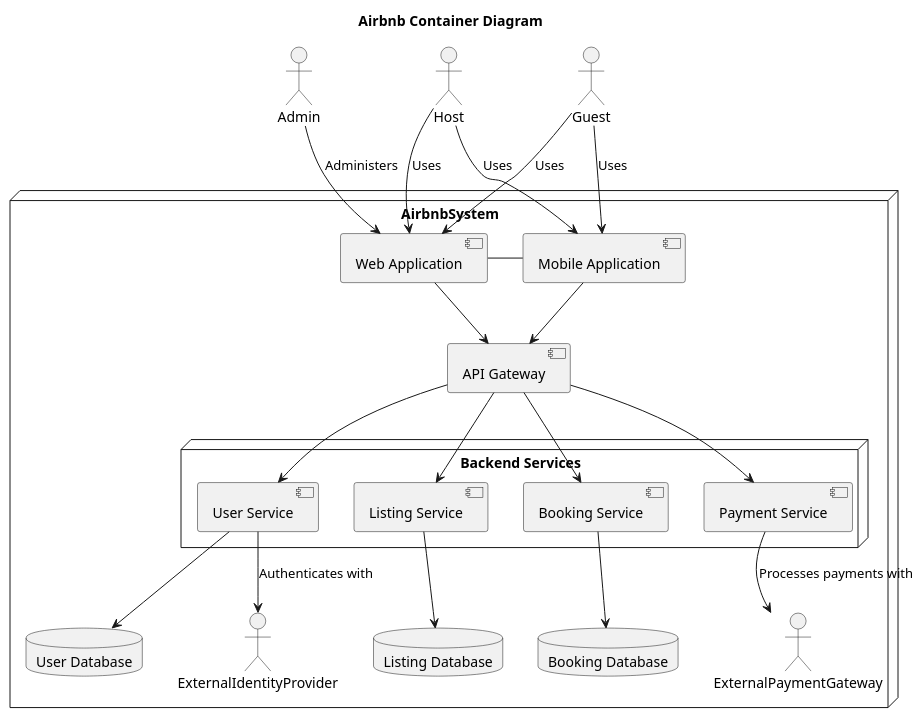
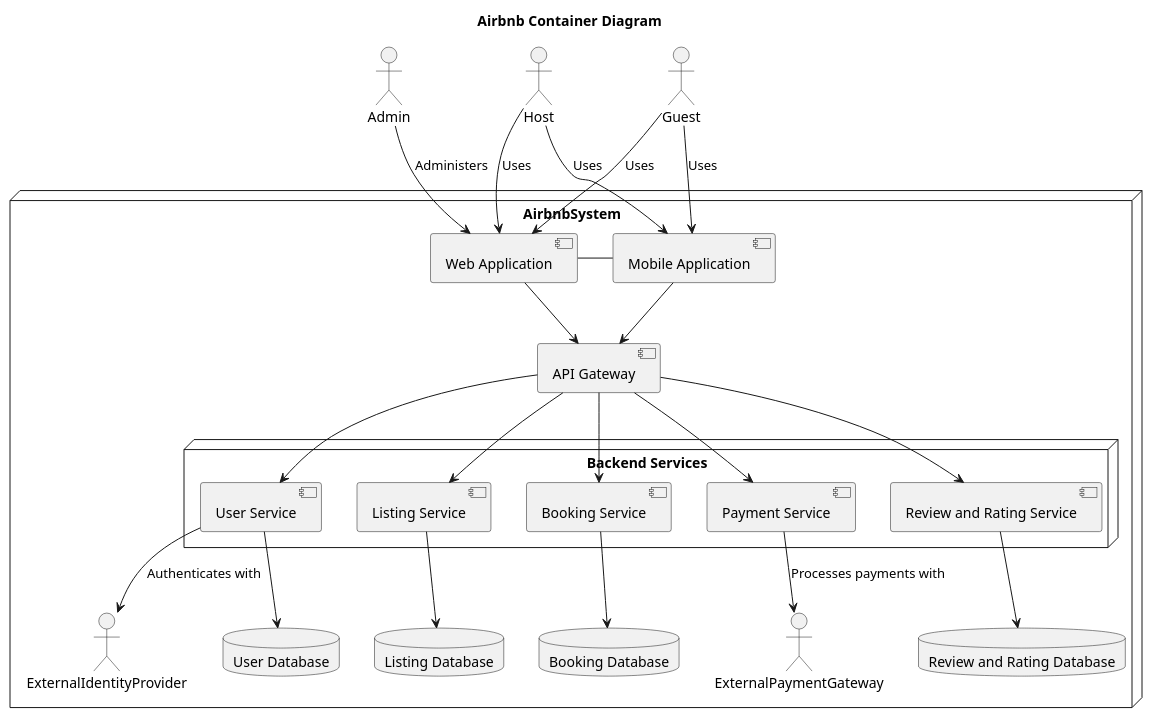
Before and after one commit to SWENGG4Y2024/SWENGG4Y2024Team02: the diagram in Container.puml, drawn with PlantUML.

```diff
--- a/Container.puml
+++ b/Container.puml
@@ -1,42 +1,47 @@
 @startuml
 title Airbnb Container Diagram
 
 actor Guest
 actor Host
 actor Admin
 
 node AirbnbSystem {
   [Web Application] - [Mobile Application]
   [Web Application] --> [API Gateway]
   [Mobile Application] --> [API Gateway]
 
   node "Backend Services" {
     [API Gateway] --> [User Service]
     [API Gateway] --> [Listing Service]
     [API Gateway] --> [Booking Service]
     [API Gateway] --> [Payment Service]
+    [API Gateway] --> [Review and Rating Service]
   }
 
   database "User Database" {
     [User Service] --> [User Database]
   }
 
   database "Listing Database" {
     [Listing Service] --> [Listing Database]
   }
 
   database "Booking Database" {
     [Booking Service] --> [Booking Database]
   }
 
+  database "Review and Rating Database" {
+    [Review and Rating Service] --> [Review and Rating Database]
+  }
+
   [Payment Service] --> ExternalPaymentGateway : Processes payments with
   [User Service] --> ExternalIdentityProvider : Authenticates with
 }
 
 Guest --> [Web Application] : Uses
 Guest --> [Mobile Application] : Uses
 Host --> [Web Application] : Uses
 Host --> [Mobile Application] : Uses
 Admin --> [Web Application] : Administers
 
 @enduml
```
